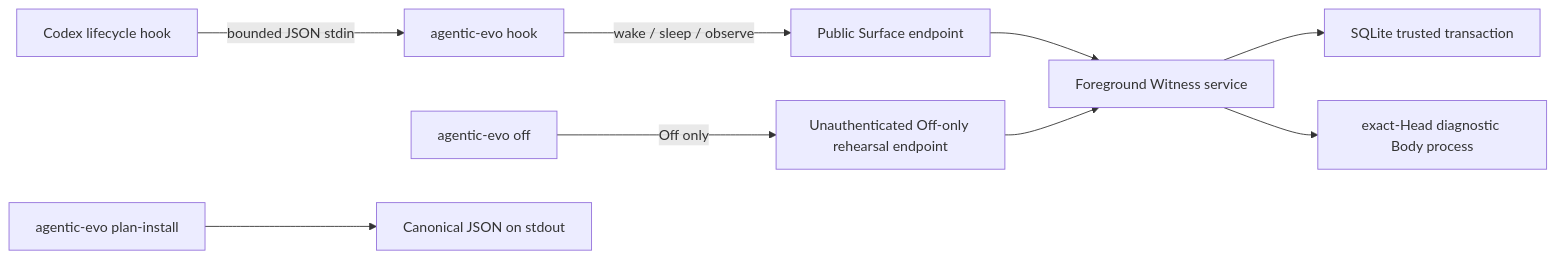
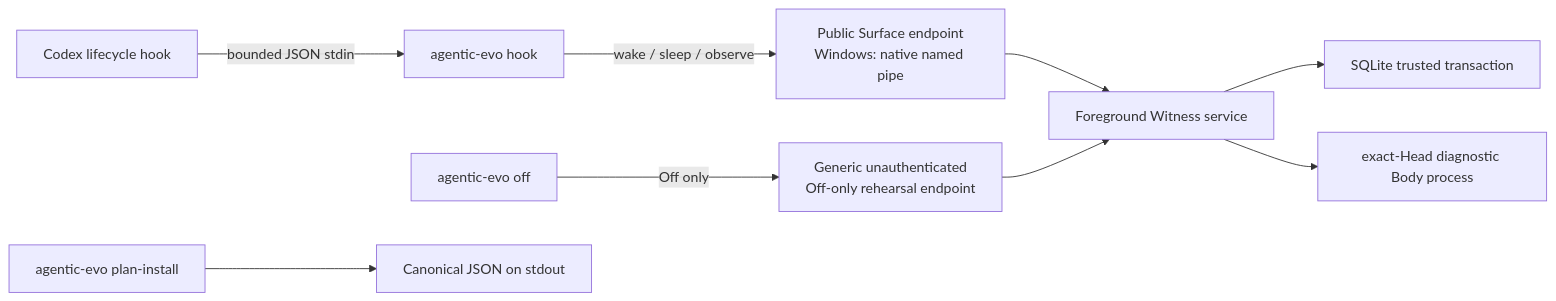
Before and after one commit to eonpaper123/Agentic-Evo: the diagram in docs/engineering/跨平台CLI与Off控制演练.md, drawn with Mermaid. The commit also changed other lines of this file and 9 other files, not shown here.

Commit message:
docs: record the Windows public Surface boundary

````diff
--- a/docs/engineering/跨平台CLI与Off控制演练.md
+++ b/docs/engineering/跨平台CLI与Off控制演练.md
@@ -39,22 +39,22 @@
 ```mermaid
 flowchart LR
     C["Codex lifecycle hook"]
     H["agentic-evo hook"]
-    P["Public Surface endpoint"]
+    P["Public Surface endpoint<br/>Windows: native named pipe"]
     O["agentic-evo off"]
-    K["Unauthenticated Off-only rehearsal endpoint"]
+    K["Generic unauthenticated<br/>Off-only rehearsal endpoint"]
     S["Foreground Witness service"]
     T["SQLite trusted transaction"]
     B["exact-Head diagnostic Body process"]
     D["agentic-evo plan-install"]
     J["Canonical JSON on stdout"]
 
     C -->|"bounded JSON stdin"| H
     H -->|"wake / sleep / observe"| P
     P --> S
     O -->|"Off only"| K
     K --> S
     S --> T
     S --> B
     D --> J
 ```
````
